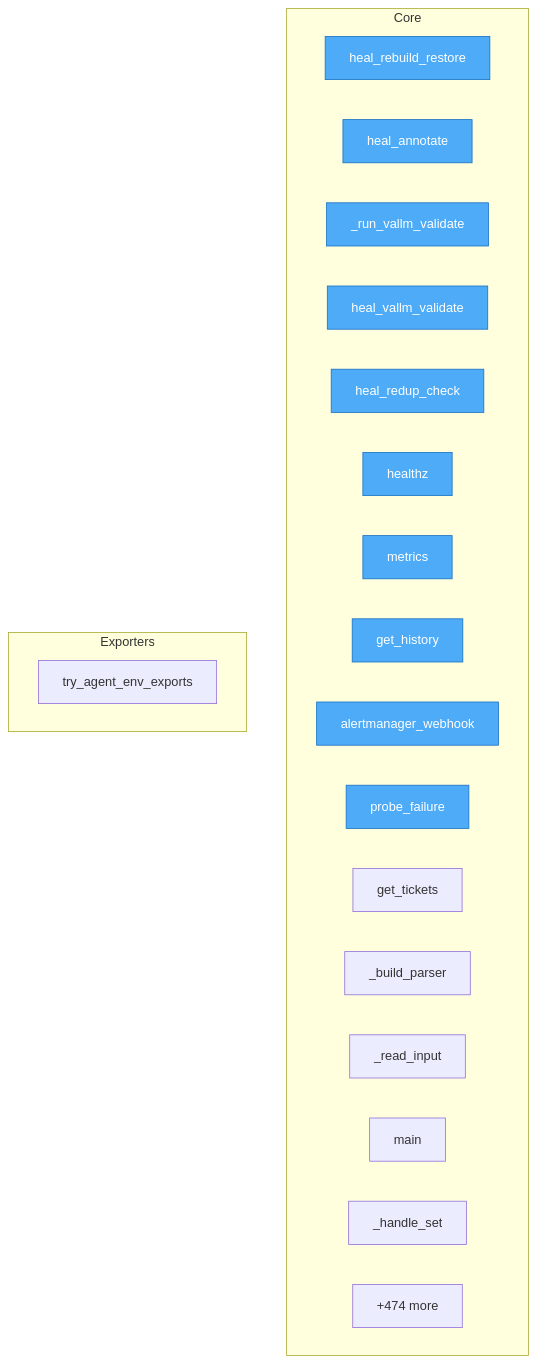
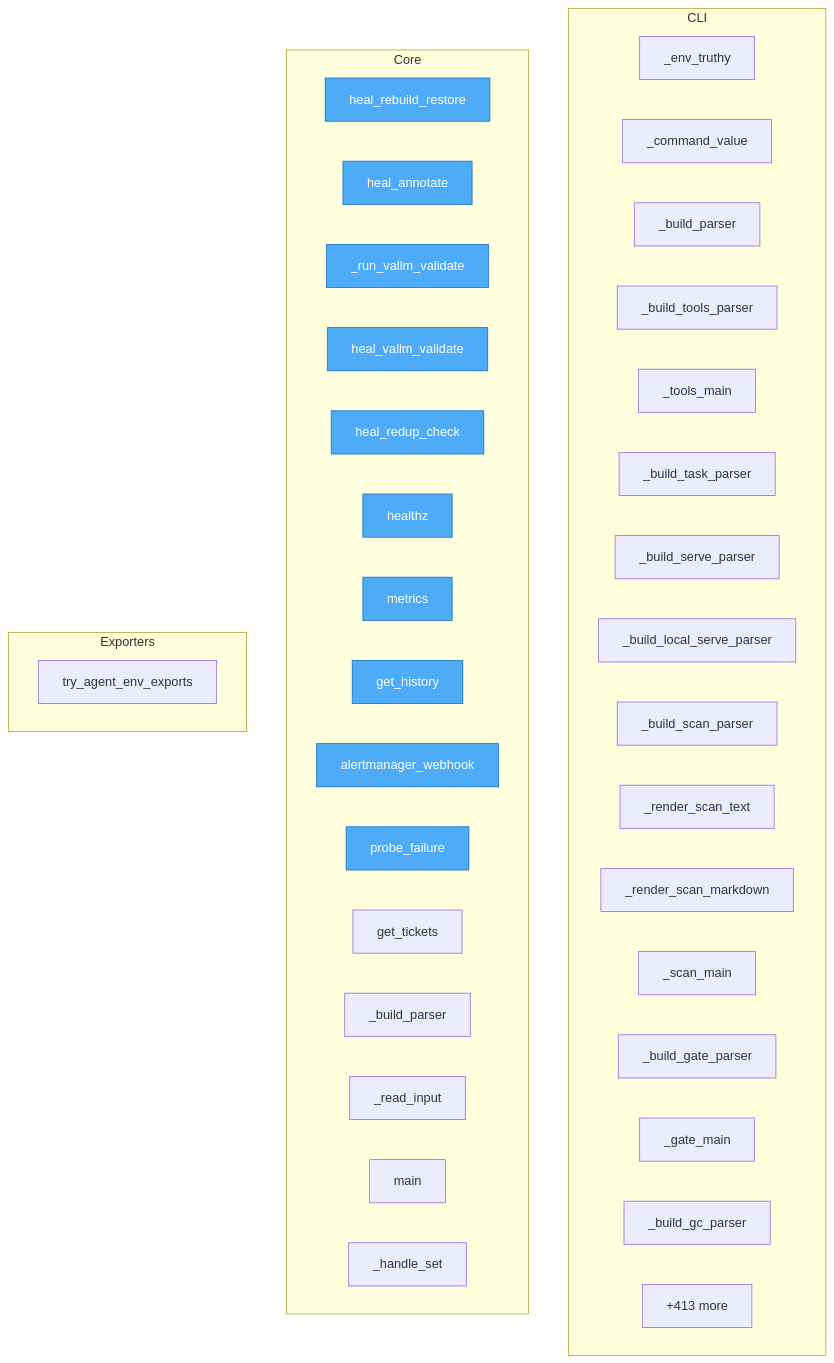
The diagram in project/flow.mmd (semcod/koru), drawn with Mermaid before and after one commit. The commit also changed 39 other files, not shown here.

```diff
--- a/project/flow.mmd
+++ b/project/flow.mmd
@@ -1,30 +1,49 @@
 flowchart TD
-%% generated in 0.05s
+%% generated in 0.06s
 
     %% Entry points (blue)
     classDef entry fill:#4dabf7,stroke:#1971c2,color:#fff
+
+    subgraph CLI
+        koru__cli___env_truthy["_env_truthy"]
+        koru__cli___command_value["_command_value"]
+        koru__cli___build_parser["_build_parser"]
+        koru__cli___build_tools_parser["_build_tools_parser"]
+        koru__cli___tools_main["_tools_main"]
+        koru__cli___build_task_parser["_build_task_parser"]
+        koru__cli___build_serve_parser["_build_serve_parser"]
+        koru__cli___build_local_serve_parser["_build_local_serve_parser"]
+        koru__cli___build_scan_parser["_build_scan_parser"]
+        koru__cli___render_scan_text["_render_scan_text"]
+        koru__cli___render_scan_markdown["_render_scan_markdown"]
+        koru__cli___scan_main["_scan_main"]
+        koru__cli___build_gate_parser["_build_gate_parser"]
+        koru__cli___gate_main["_gate_main"]
+        koru__cli___build_gc_parser["_build_gc_parser"]
+        ...["+47 more"]
+    end
 
     subgraph Core
         services__healing_webhook__app__heal_rebuild_restore["heal_rebuild_restore"]
         services__healing_webhook__app__heal_annotate["heal_annotate"]
         services__healing_webhook__app___run_vallm_validate["_run_vallm_validate"]
         services__healing_webhook__app__heal_vallm_validate["heal_vallm_validate"]
         services__healing_webhook__app__heal_redup_check["heal_redup_check"]
         services__healing_webhook__app__healthz["healthz"]
         services__healing_webhook__app__metrics["metrics"]
         services__healing_webhook__app__get_history["get_history"]
         services__healing_webhook__app__alertmanager_webhook["alertmanager_webhook"]
         services__healing_webhook__app__probe_failure["probe_failure"]
         services__healing_webhook__app__get_tickets["get_tickets"]
         src__korudsl__cli___build_parser["_build_parser"]
         src__korudsl__cli___read_input["_read_input"]
         src__korudsl__cli__main["main"]
         src__korudsl__library___handle_set["_handle_set"]
-        ...["+474 more"]
+        ...["+413 more"]
     end
 
     subgraph Exporters
         src__koru__agent_cli_helpers__try_agent_env_exports["try_agent_env_exports"]
     end
 
     class services__healing_webhook__app__heal_rebuild_restore,services__healing_webhook__app__heal_annotate,services__healing_webhook__app___run_vallm_validate,services__healing_webhook__app__heal_vallm_validate,services__healing_webhook__app__heal_redup_check,services__healing_webhook__app__healthz,services__healing_webhook__app__metrics,services__healing_webhook__app__get_history,services__healing_webhook__app__alertmanager_webhook,services__healing_webhook__app__probe_failure entry
```
